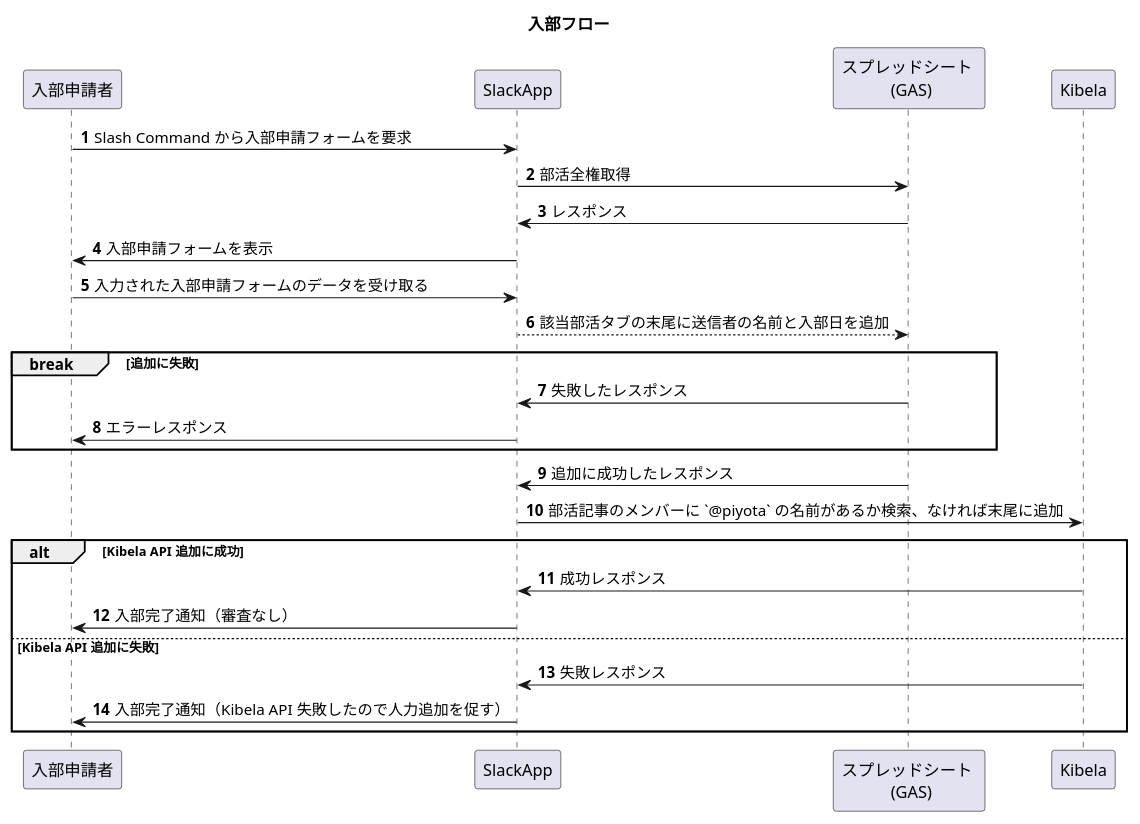
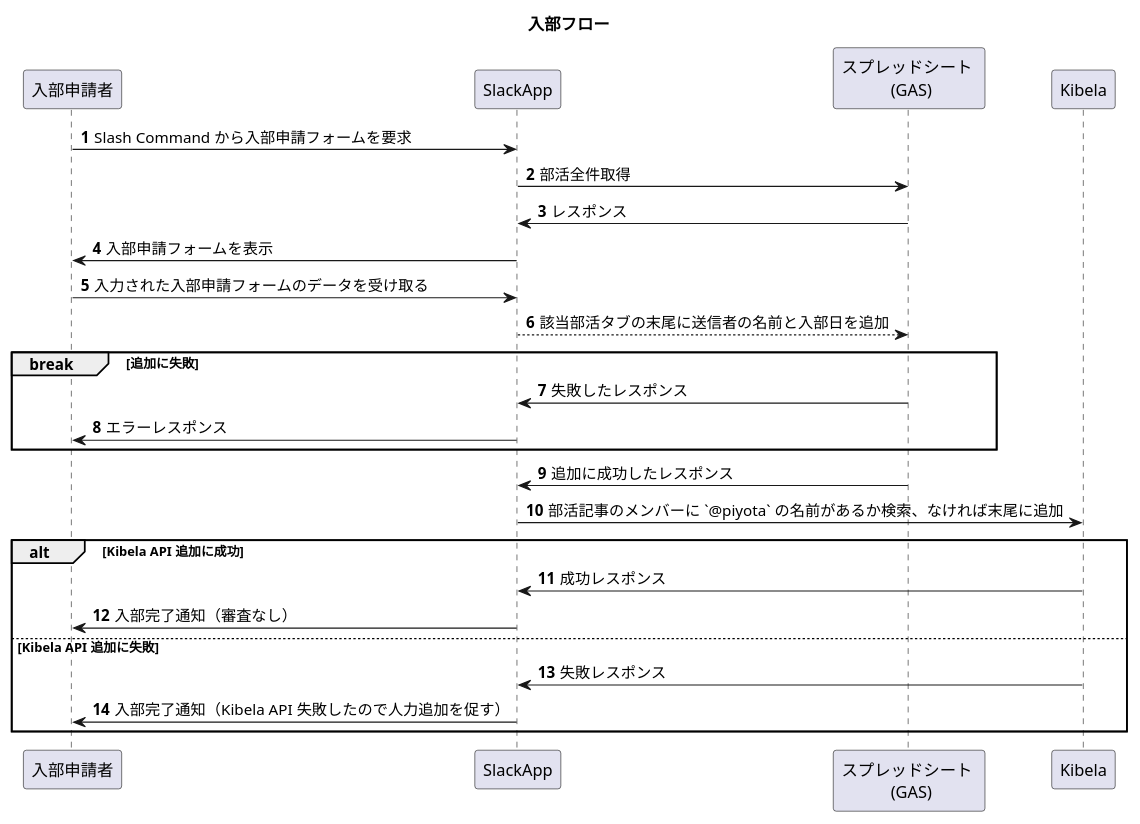
The diagram in docs/sequence-diagram/JoinClub.pu (tam-bourine/club-entry-manager), drawn with PlantUML before and after one commit.

```diff
--- a/docs/sequence-diagram/JoinClub.pu
+++ b/docs/sequence-diagram/JoinClub.pu
@@ -1,35 +1,35 @@
 @startuml
 
 title 入部フロー
 
 autonumber
 participant 入部申請者 as entry
 participant "SlackApp" as slackap
 participant "スプレッドシート \n (GAS)" as gas
 participant Kibela as kibela
 
 entry -> slackap: Slash Command から入部申請フォームを要求
-slackap -> gas: 部活全権取得
+slackap -> gas: 部活全件取得
 gas -> slackap: レスポンス
 slackap -> entry: 入部申請フォームを表示
 entry -> slackap: 入力された入部申請フォームのデータを受け取る
 slackap --> gas: 該当部活タブの末尾に送信者の名前と入部日を追加
 
 
 break  追加に失敗
   gas -> slackap: 失敗したレスポンス
   slackap -> entry: エラーレスポンス
 end
 
 gas -> slackap: 追加に成功したレスポンス
 slackap -> kibela: 部活記事のメンバーに `@piyota` の名前があるか検索、なければ末尾に追加
 
 alt Kibela API 追加に成功
   kibela -> slackap: 成功レスポンス
   slackap -> entry: 入部完了通知（審査なし）
 else Kibela API 追加に失敗
   kibela -> slackap: 失敗レスポンス
   slackap -> entry: 入部完了通知（Kibela API 失敗したので人力追加を促す）
 end
 
 @enduml
```
